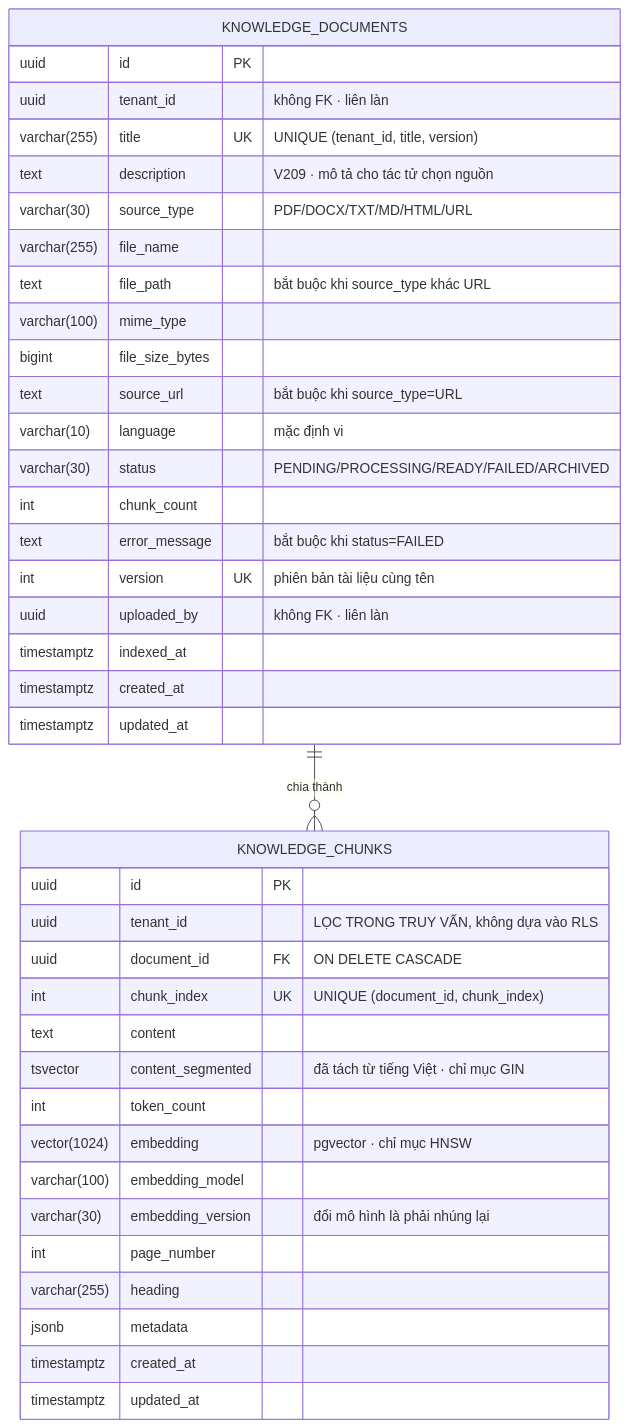
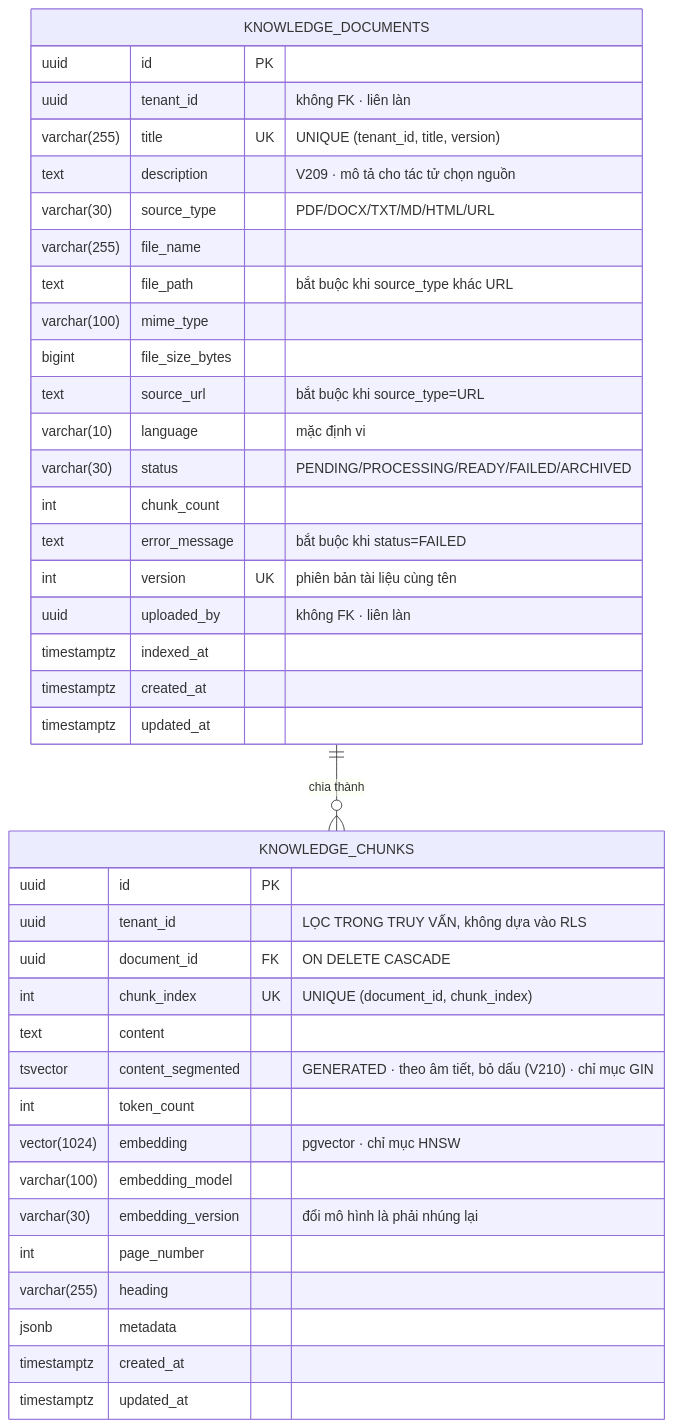
Before and after one commit to KhanhLanBui03/ai-crm-chatbot-platform: the seventh of 10 diagrams in docs/erd-mermaid.md, drawn with Mermaid. The commit also changed 4 other files, not shown here.

First line of the commit message:
feat(db): V210 unaccent, f_unaccent IMMUTABLE, content_segmented GENERATED

````diff
--- a/docs/erd-mermaid.md
+++ b/docs/erd-mermaid.md
@@ -483,43 +483,43 @@
 ```mermaid
 erDiagram
     KNOWLEDGE_DOCUMENTS {
         uuid         id              PK
         uuid         tenant_id          "không FK · liên làn"
         varchar(255) title           UK "UNIQUE (tenant_id, title, version)"
         text         description        "V209 · mô tả cho tác tử chọn nguồn"
         varchar(30)  source_type        "PDF/DOCX/TXT/MD/HTML/URL"
         varchar(255) file_name
         text         file_path          "bắt buộc khi source_type khác URL"
         varchar(100) mime_type
         bigint       file_size_bytes
         text         source_url         "bắt buộc khi source_type=URL"
         varchar(10)  language           "mặc định vi"
         varchar(30)  status             "PENDING/PROCESSING/READY/FAILED/ARCHIVED"
         int          chunk_count
         text         error_message      "bắt buộc khi status=FAILED"
         int          version         UK "phiên bản tài liệu cùng tên"
         uuid         uploaded_by        "không FK · liên làn"
         timestamptz  indexed_at
         timestamptz  created_at
         timestamptz  updated_at
     }
     KNOWLEDGE_CHUNKS {
         uuid          id                PK
         uuid          tenant_id            "LỌC TRONG TRUY VẤN, không dựa vào RLS"
         uuid          document_id       FK "ON DELETE CASCADE"
         int           chunk_index       UK "UNIQUE (document_id, chunk_index)"
         text          content
-        tsvector      content_segmented    "đã tách từ tiếng Việt · chỉ mục GIN"
+        tsvector      content_segmented    "GENERATED · theo âm tiết, bỏ dấu (V210) · chỉ mục GIN"
         int           token_count
         vector(1024)  embedding            "pgvector · chỉ mục HNSW"
         varchar(100)  embedding_model
         varchar(30)   embedding_version    "đổi mô hình là phải nhúng lại"
         int           page_number
         varchar(255)  heading
         jsonb         metadata
         timestamptz   created_at
         timestamptz   updated_at
     }
 
     KNOWLEDGE_DOCUMENTS ||--o{ KNOWLEDGE_CHUNKS : "chia thành"
 ```
````
